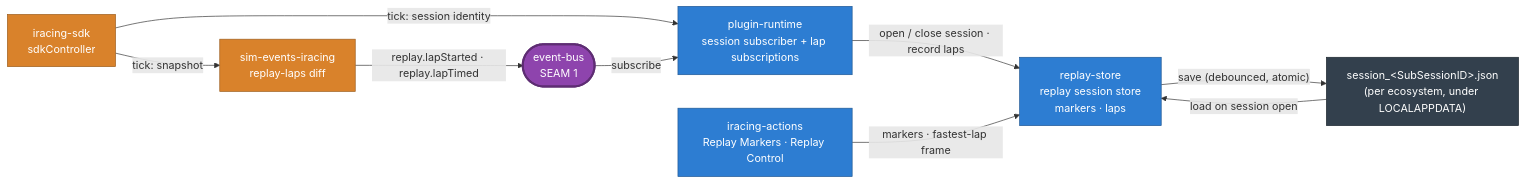
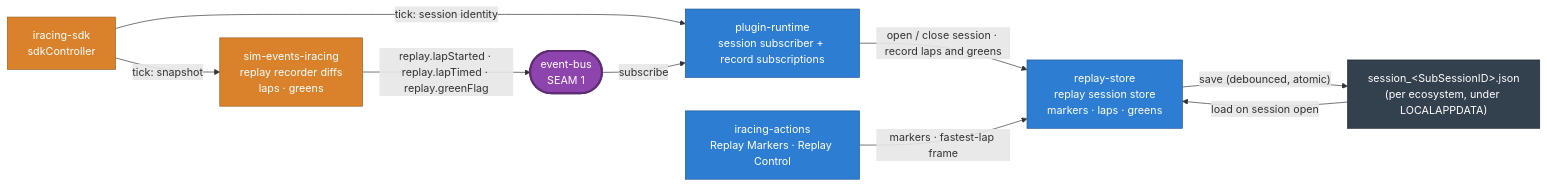
One commit to niklam/iracedeck changed the fifth of 8 diagrams in packages/website/src/content/docs/docs/development/architecture.md. Above: the diagram before and after it, drawn with Mermaid. The commit also changed other lines of this file and 4 other files, not shown here.

First line of the commit message:
docs: describe the green record in the guides and the Architecture page (#1354)

````diff
--- a/packages/website/src/content/docs/docs/development/architecture.md
+++ b/packages/website/src/content/docs/docs/development/architecture.md
@@ -209,24 +209,24 @@
 ```mermaid
 flowchart LR
   sdk["iracing-sdk<br/>sdkController"]:::sim
-  trans["sim-events-iracing<br/>replay-laps diff"]:::sim
+  trans["sim-events-iracing<br/>replay recorder diffs<br/>laps · greens"]:::sim
   bus(["event-bus<br/>SEAM 1"]):::seam
-  plugin["plugin-runtime<br/>session subscriber + lap subscriptions"]:::core
-  store["replay-store<br/>replay session store<br/>markers · laps"]:::core
+  plugin["plugin-runtime<br/>session subscriber + record subscriptions"]:::core
+  store["replay-store<br/>replay session store<br/>markers · laps · greens"]:::core
   file["session_&lt;SubSessionID&gt;.json<br/>(per ecosystem, under LOCALAPPDATA)"]:::ext
   actions["iracing-actions<br/>Replay Markers · Replay Control"]:::core
 
   sdk -->|"tick: session identity"| plugin
   sdk -->|"tick: snapshot"| trans
-  trans -->|"replay.lapStarted · replay.lapTimed"| bus
+  trans -->|"replay.lapStarted · replay.lapTimed · replay.greenFlag"| bus
   bus -->|"subscribe"| plugin
-  plugin -->|"open / close session · record laps"| store
+  plugin -->|"open / close session · record laps and greens"| store
   store -->|"save (debounced, atomic)"| file
   file -->|"load on session open"| store
   actions -->|"markers · fastest-lap frame"| store
 
   classDef ext fill:#33404d,color:#fff,stroke:#1d262e;
   classDef sim fill:#d9822b,color:#fff,stroke:#9c5e1f;
   classDef seam fill:#8e44ad,color:#fff,stroke:#5e2d73,stroke-width:3px;
   classDef core fill:#2d7dd2,color:#fff,stroke:#1f5793;
 ```
````
